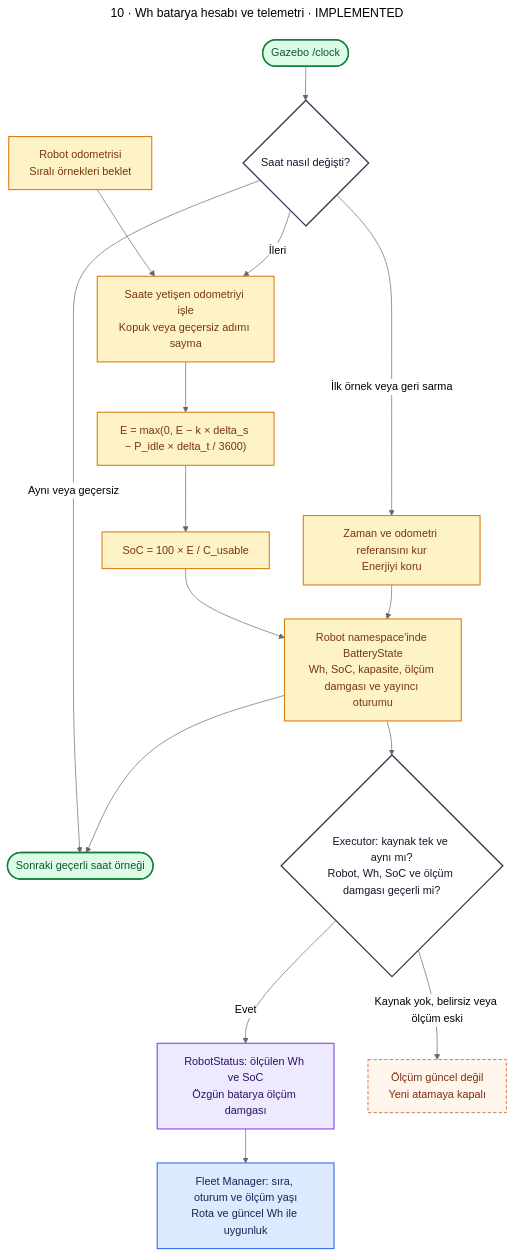
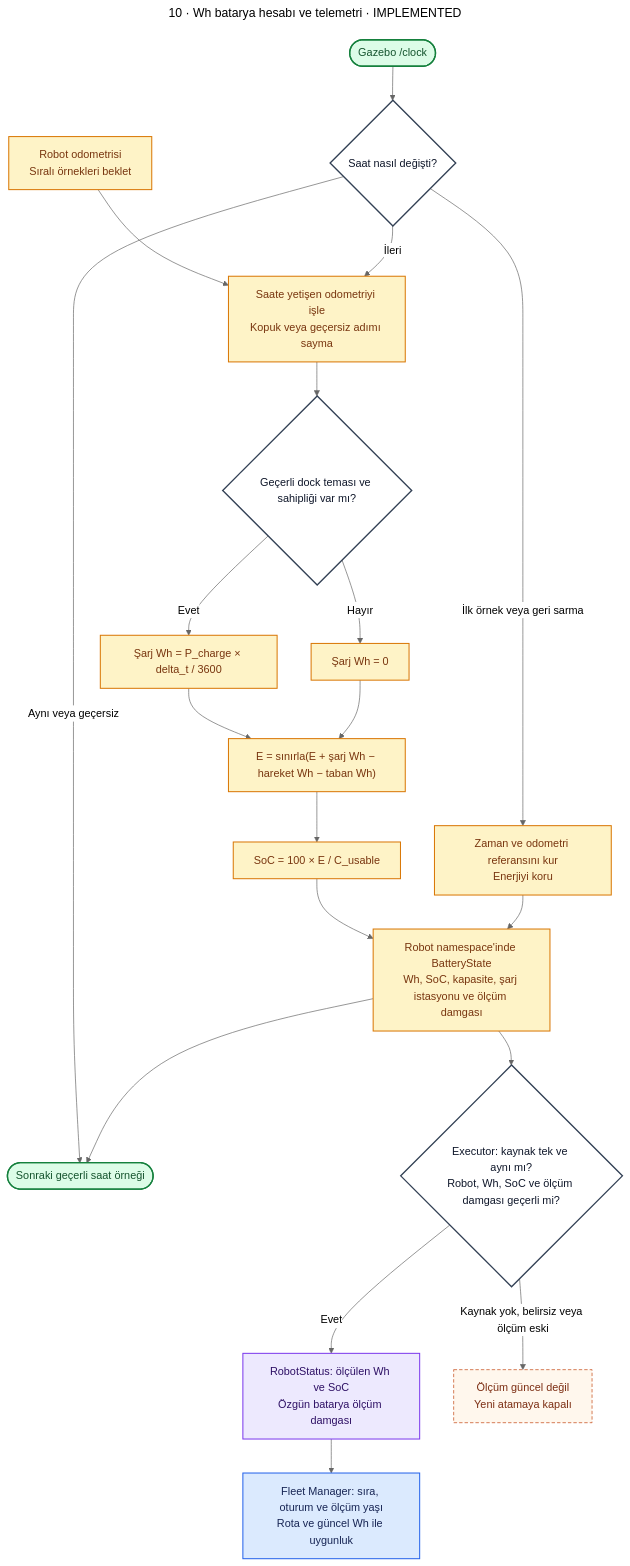
One commit to m-gnr/ros2-fleet-manager changed the tenth of 18 diagrams in docs/diagrams/README.md. Above: the diagram before and after it, drawn with Mermaid (neutral theme). The commit also changed other lines of this file and 36 other files, not shown here.

````diff
--- a/docs/diagrams/README.md
+++ b/docs/diagrams/README.md
@@ -589,27 +589,32 @@
 ```mermaid
 ---
 title: "10 · Wh batarya hesabı ve telemetri · IMPLEMENTED"
 ---
 flowchart TD
  O["Robot odometrisi<br/>Sıralı örnekleri beklet"]:::battery --> D
  C(["Gazebo /clock"]):::terminal --> T{"Saat nasıl değişti?"}:::decision
  T -->|"İlk örnek veya geri sarma"| R["Zaman ve odometri referansını kur<br/>Enerjiyi koru"]:::battery
  T -->|"Aynı veya geçersiz"| W(["Sonraki geçerli saat örneği"]):::terminal
  T -->|"İleri"| D["Saate yetişen odometriyi işle<br/>Kopuk veya geçersiz adımı sayma"]:::battery
- D --> E["E = max(0, E − k × delta_s − P_idle × delta_t / 3600)"]:::battery
+ D --> DOCK{"Geçerli dock teması ve sahipliği var mı?"}:::decision
+ DOCK -->|"Evet"| CH["Şarj Wh = P_charge × delta_t / 3600"]:::battery
+ DOCK -->|"Hayır"| ZERO["Şarj Wh = 0"]:::battery
+ CH --> E
+ ZERO --> E
+ E["E = sınırla(E + şarj Wh − hareket Wh − taban Wh)"]:::battery
  E --> S["SoC = 100 × E / C_usable"]:::battery
- S --> P["Robot namespace'inde BatteryState<br/>Wh, SoC, kapasite, ölçüm damgası ve yayıncı oturumu"]:::battery
+ S --> P["Robot namespace'inde BatteryState<br/>Wh, SoC, kapasite, şarj istasyonu ve ölçüm damgası"]:::battery
  R --> P
  P --> W
  P --> EX{"Executor: kaynak tek ve aynı mı?<br/>Robot, Wh, SoC ve ölçüm damgası geçerli mi?"}:::decision
  EX -->|"Evet"| RS["RobotStatus: ölçülen Wh ve SoC<br/>Özgün batarya ölçüm damgası"]:::executor
  EX -->|"Kaynak yok, belirsiz veya ölçüm eski"| NO["Ölçüm güncel değil<br/>Yeni atamaya kapalı"]:::wait
  RS --> FM["Fleet Manager: sıra, oturum ve ölçüm yaşı<br/>Rota ve güncel Wh ile uygunluk"]:::fm
 
  classDef battery fill:#fef3c7,stroke:#d97706,color:#78350f,stroke-width:1.5px;
  classDef decision fill:#fff,stroke:#334155,color:#0f172a,stroke-width:2px;
  classDef terminal fill:#dcfce7,stroke:#15803d,color:#14532d,stroke-width:2px;
  classDef executor fill:#ede9fe,stroke:#7c3aed,color:#2e1065,stroke-width:1.5px;
  classDef fm fill:#dbeafe,stroke:#2563eb,color:#172554,stroke-width:1.5px;
  classDef wait fill:#fff7ed,stroke:#c2410c,color:#7c2d12,stroke-dasharray:5 3;
 ```
````
